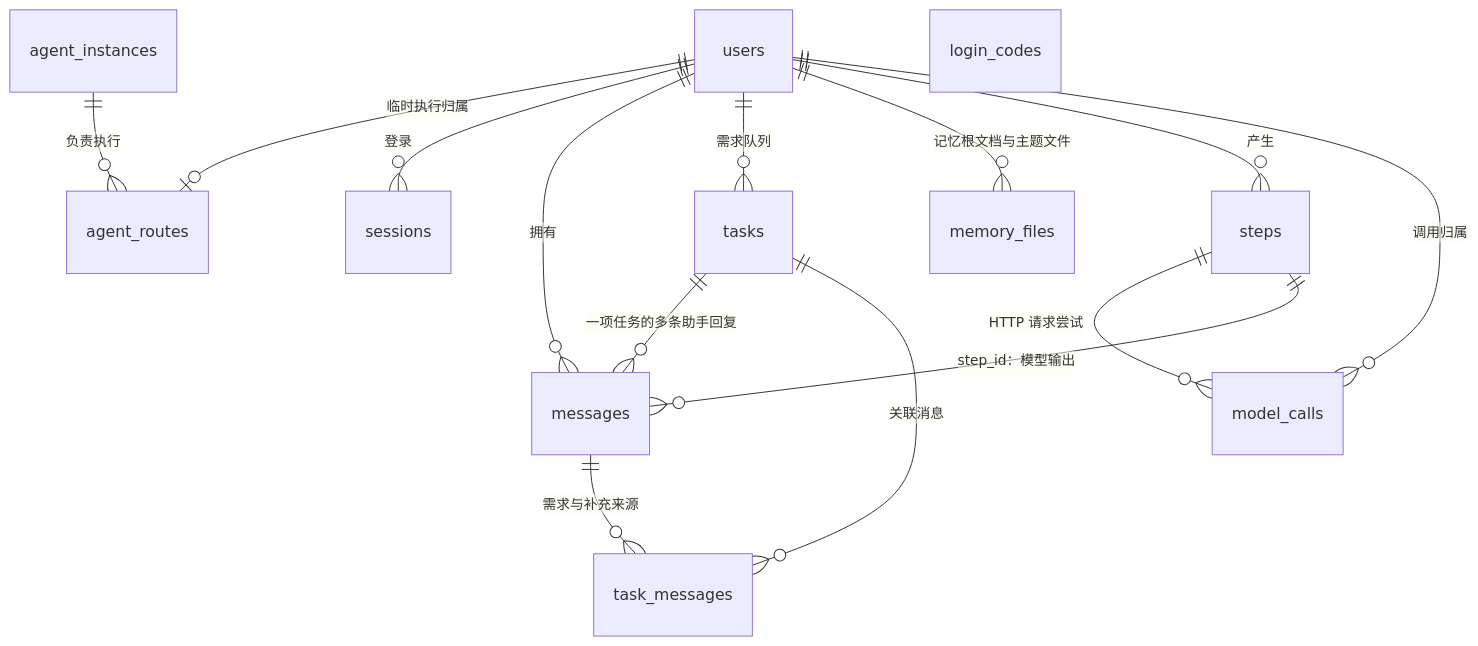
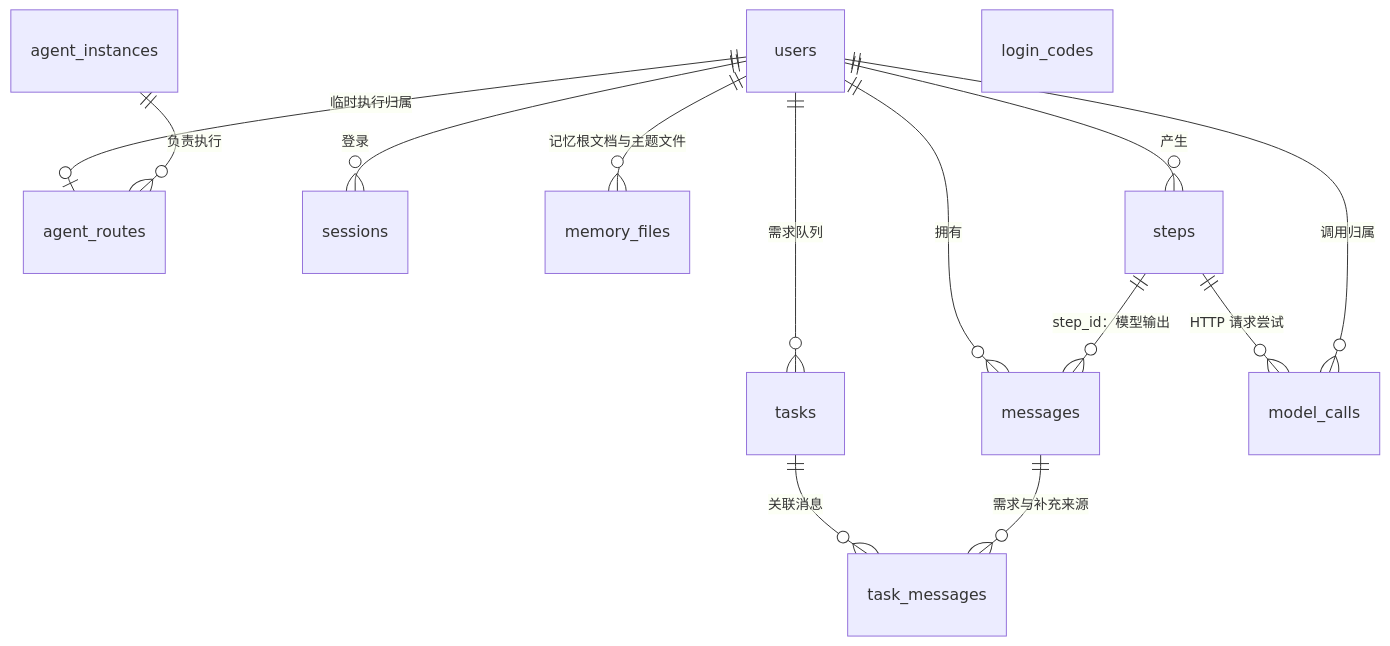
One commit to OmniNetOpensource/aether-personal changed the diagram in docs/wiki/02-data-model.md. Above: the diagram before and after it, drawn with Mermaid. The commit also changed other lines of this file and 22 other files, not shown here.

````diff
--- a/docs/wiki/02-data-model.md
+++ b/docs/wiki/02-data-model.md
@@ -17,17 +17,16 @@
 ```mermaid
 erDiagram
     users ||--o| agent_routes : "临时执行归属"
     agent_instances ||--o{ agent_routes : "负责执行"
     users ||--o{ sessions : "登录"
     users ||--o{ messages : "拥有"
     users ||--o{ tasks : "需求队列"
-    tasks ||--o{ messages : "一项任务的多条助手回复"
     tasks ||--o{ task_messages : "关联消息"
     messages ||--o{ task_messages : "需求与补充来源"
     users ||--o{ memory_files : "记忆根文档与主题文件"
     users ||--o{ steps : "产生"
     steps ||--o{ model_calls : "HTTP 请求尝试"
     users ||--o{ model_calls : "调用归属"
     steps ||--o{ messages : "step_id：模型输出"
     login_codes
 ```
````
